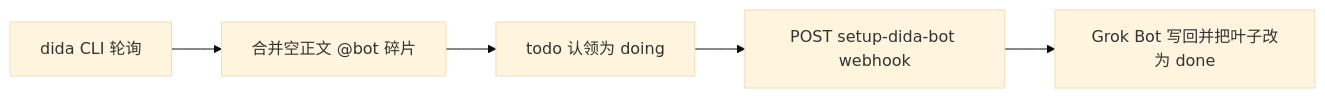
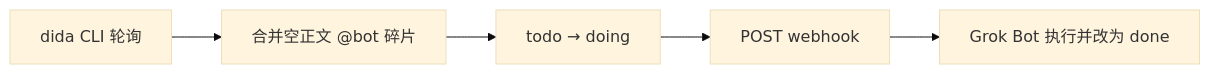
Before and after one commit to dulk-dev/setup-dida-bot: the diagram in README.md, drawn with Mermaid (base theme). The commit also changed other lines of this file and 2 other files, not shown here.

````diff
--- a/README.md
+++ b/README.md
@@ -19,7 +17,7 @@
 ```mermaid
 flowchart LR
   poll["dida CLI 轮询"] --> merge["合并空正文 @bot 碎片"]
-  merge --> claim["todo 认领为 doing"]
-  claim --> hook["POST setup-dida-bot webhook"]
-  hook --> bot["Grok Bot 写回并把叶子改为 done"]
+  merge --> claim["todo → doing"]
+  claim --> hook["POST webhook"]
+  hook --> bot["Grok Bot 执行并改为 done"]
 ```
````
